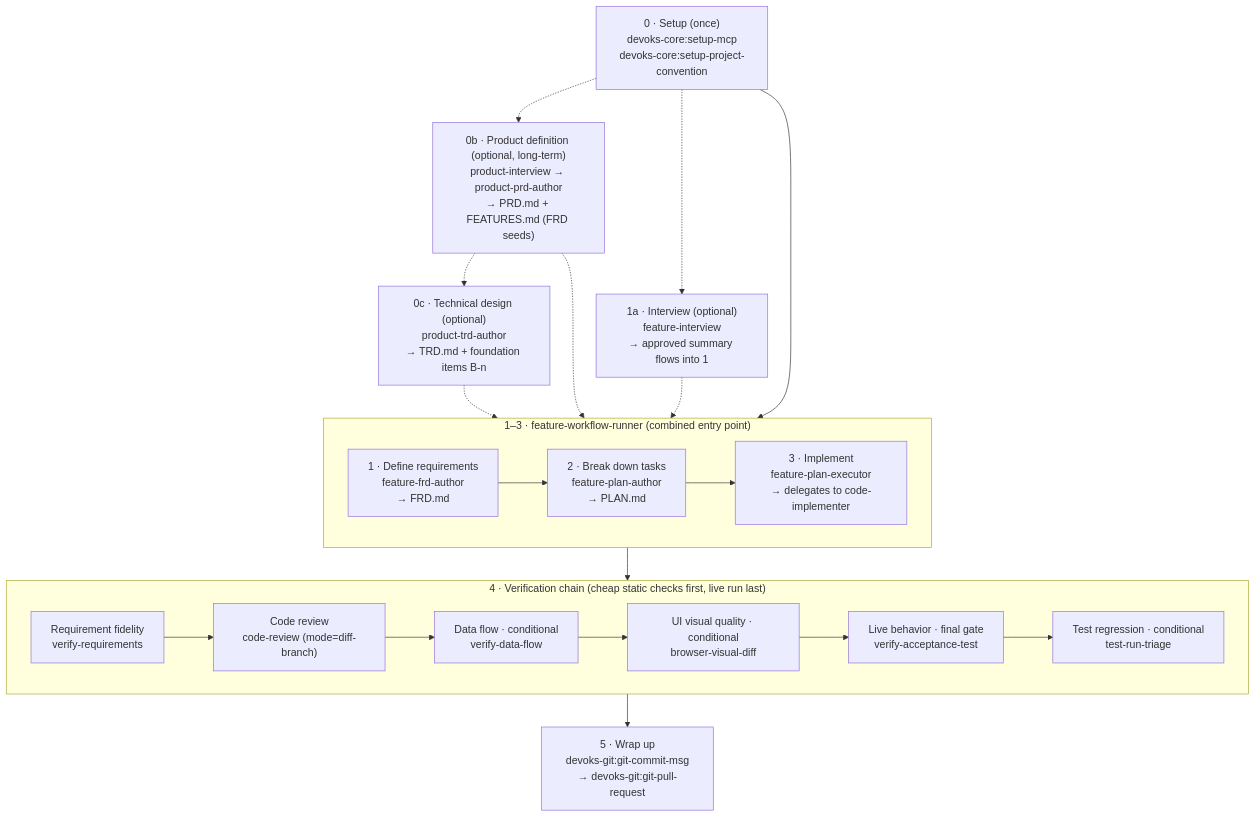
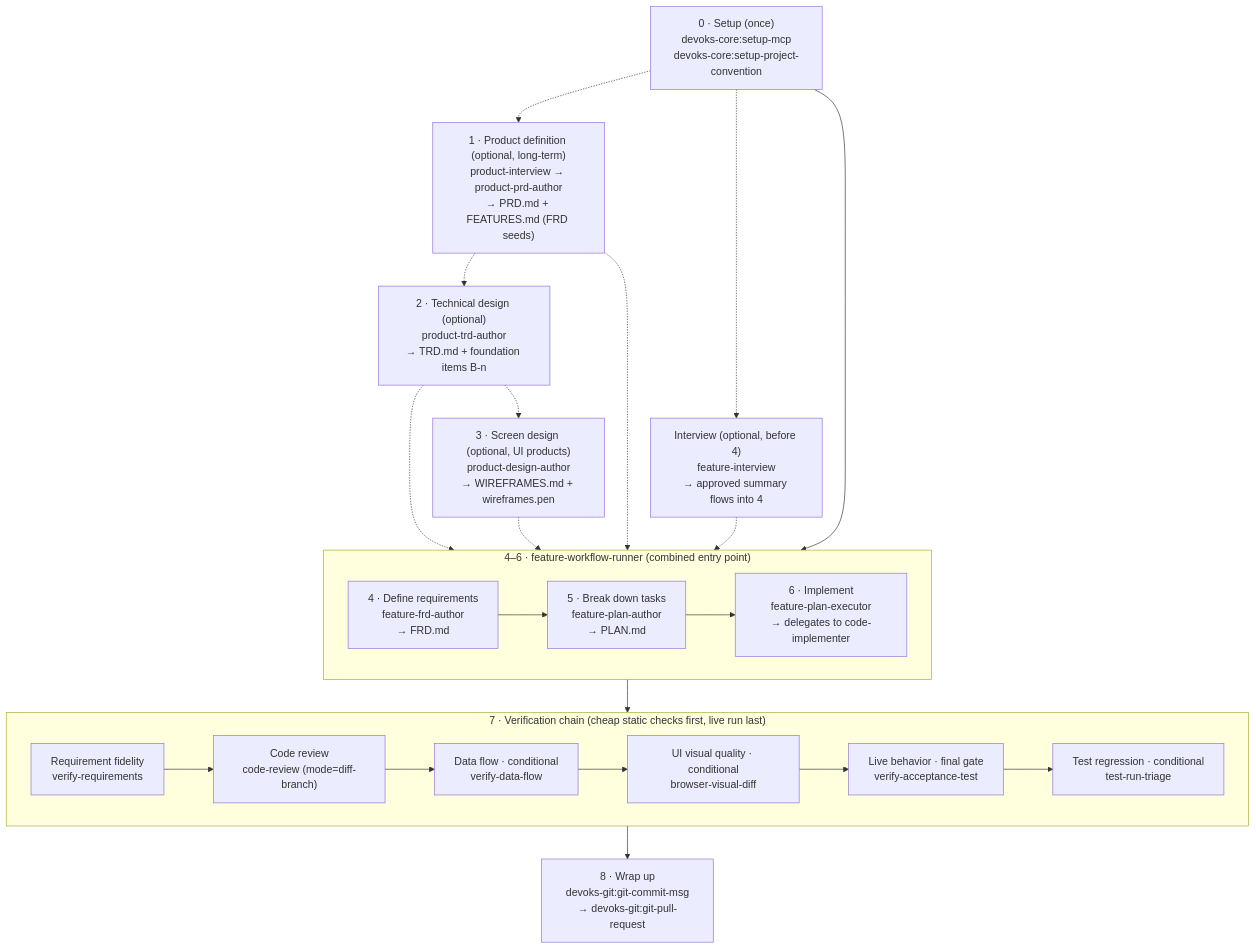
One commit to ridsync/devoks-team-harness changed the diagram in README.md. Above: the diagram before and after it, drawn with Mermaid. The commit also changed other lines of this file and 23 other files, not shown here.

First line of the commit message:
feat(devoks-sdlc): 화면 설계 단계 product-design-author 신설과 TRD UI 기반(디자인 시스템 방식) 추가

````diff
--- a/README.md
+++ b/README.md
@@ -108,41 +108,45 @@
 ```mermaid
 flowchart TD
     S["0 · Setup (once)<br/>devoks-core:setup-mcp<br/>devoks-core:setup-project-convention"]
 
-    PRD["0b · Product definition (optional, long-term)<br/>product-interview → product-prd-author<br/>→ PRD.md + FEATURES.md (FRD seeds)"]
+    PRD["1 · Product definition (optional, long-term)<br/>product-interview → product-prd-author<br/>→ PRD.md + FEATURES.md (FRD seeds)"]
 
-    TRD["0c · Technical design (optional)<br/>product-trd-author<br/>→ TRD.md + foundation items B-n"]
+    TRD["2 · Technical design (optional)<br/>product-trd-author<br/>→ TRD.md + foundation items B-n"]
 
-    D["1a · Interview (optional)<br/>feature-interview<br/>→ approved summary flows into 1"]
+    WF["3 · Screen design (optional, UI products)<br/>product-design-author<br/>→ WIREFRAMES.md + wireframes.pen"]
 
-    subgraph BUILD["1–3 · feature-workflow-runner (combined entry point)"]
+    D["Interview (optional, before 4)<br/>feature-interview<br/>→ approved summary flows into 4"]
+
+    subgraph BUILD["4–6 · feature-workflow-runner (combined entry point)"]
         direction LR
-        F["1 · Define requirements<br/>feature-frd-author<br/>→ FRD.md"]
-        P["2 · Break down tasks<br/>feature-plan-author<br/>→ PLAN.md"]
-        I["3 · Implement<br/>feature-plan-executor<br/>→ delegates to code-implementer"]
+        F["4 · Define requirements<br/>feature-frd-author<br/>→ FRD.md"]
+        P["5 · Break down tasks<br/>feature-plan-author<br/>→ PLAN.md"]
+        I["6 · Implement<br/>feature-plan-executor<br/>→ delegates to code-implementer"]
         F --> P --> I
     end
 
-    subgraph VERIFY["4 · Verification chain (cheap static checks first, live run last)"]
+    subgraph VERIFY["7 · Verification chain (cheap static checks first, live run last)"]
         direction LR
         V1["Requirement fidelity<br/>verify-requirements"]
         V2["Code review<br/>code-review (mode=diff-branch)"]
         V3["Data flow · conditional<br/>verify-data-flow"]
         V4["UI visual quality · conditional<br/>browser-visual-diff"]
         V5["Live behavior · final gate<br/>verify-acceptance-test"]
         V6["Test regression · conditional<br/>test-run-triage"]
         V1 --> V2 --> V3 --> V4 --> V5 --> V6
     end
 
-    C["5 · Wrap up<br/>devoks-git:git-commit-msg<br/>→ devoks-git:git-pull-request"]
+    C["8 · Wrap up<br/>devoks-git:git-commit-msg<br/>→ devoks-git:git-pull-request"]
 
     S --> BUILD
     S -.-> PRD
     PRD -.-> TRD
     TRD -.-> F
+    TRD -.-> WF
+    WF -.-> F
     PRD -.-> F
     S -.-> D
     D -.-> F
     BUILD --> VERIFY
     VERIFY --> C
 ```
````
